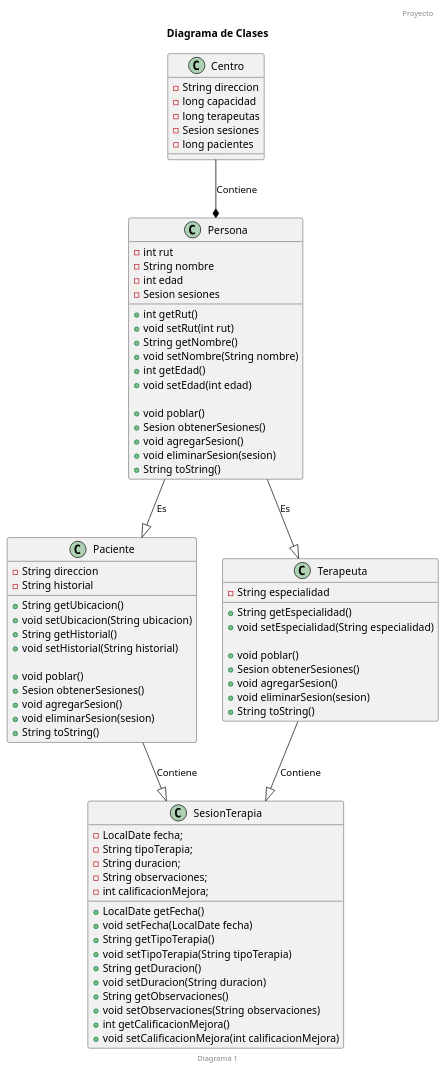
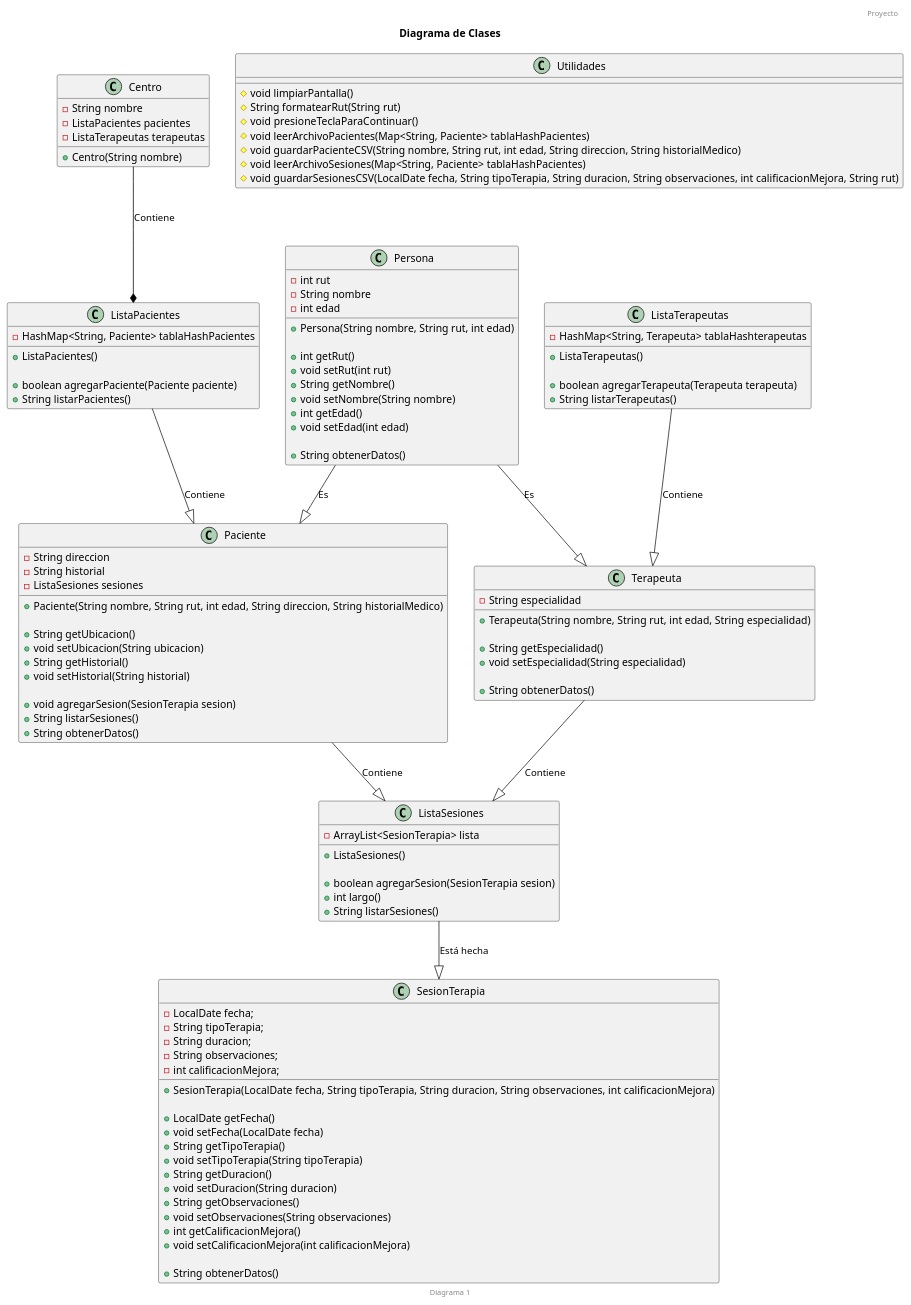
One commit to Ian-Misael/Proyecto-SIA changed the diagram in src/main/java/Diagramas/Diagrama de Clases.puml. Above: the diagram before and after it, drawn with PlantUML. The commit also changed 25 other files, not shown here.

```diff
--- a/src/main/java/Diagramas/Diagrama de Clases.puml
+++ b/src/main/java/Diagramas/Diagrama de Clases.puml
@@ -1,90 +1,132 @@
 @startuml Programa
 
 title Diagrama de Clases
 header Proyecto
 footer Diagrama 1
 
 class Centro {
-    - String direccion
-    - long capacidad
-    - long terapeutas
-    - Sesion sesiones
-    - long pacientes
+    - String nombre
+    - ListaPacientes pacientes
+    - ListaTerapeutas terapeutas
+
+    + Centro(String nombre)
+    
     
 }
 
 class Persona {
     - int rut
     - String nombre
     - int edad
-    - Sesion sesiones
+
+    + Persona(String nombre, String rut, int edad)
 
     + int getRut()
     + void setRut(int rut)
     + String getNombre()
     + void setNombre(String nombre)
     + int getEdad()
     + void setEdad(int edad)
 
-    + void poblar()
-    + Sesion obtenerSesiones()
-    + void agregarSesion()
-    + void eliminarSesion(sesion)
-    + String toString()
+    + String obtenerDatos()
+}
+
+class ListaPacientes {
+    - HashMap<String, Paciente> tablaHashPacientes
+
+    + ListaPacientes()
+
+    + boolean agregarPaciente(Paciente paciente)
+    + String listarPacientes()
 }
 
 class Paciente {
     - String direccion
     - String historial
+    - ListaSesiones sesiones
     
+    + Paciente(String nombre, String rut, int edad, String direccion, String historialMedico)
+
     + String getUbicacion()
     + void setUbicacion(String ubicacion)
     + String getHistorial()
     + void setHistorial(String historial)
 
-    + void poblar()
-    + Sesion obtenerSesiones()
-    + void agregarSesion()
-    + void eliminarSesion(sesion)
-    + String toString()
+    + void agregarSesion(SesionTerapia sesion)
+    + String listarSesiones()
+    + String obtenerDatos()
+}
+
+class ListaTerapeutas {
+    - HashMap<String, Terapeuta> tablaHashterapeutas
+
+    + ListaTerapeutas()
+
+    + boolean agregarTerapeuta(Terapeuta terapeuta)
+    + String listarTerapeutas()
 }
 
 class Terapeuta {
     - String especialidad
+
+    + Terapeuta(String nombre, String rut, int edad, String especialidad)
     
     + String getEspecialidad()
     + void setEspecialidad(String especialidad)
 
-    + void poblar()
-    + Sesion obtenerSesiones()
-    + void agregarSesion()
-    + void eliminarSesion(sesion)
-    + String toString()
+    + String obtenerDatos()
+}
+
+class ListaSesiones {
+    - ArrayList<SesionTerapia> lista
+
+    + ListaSesiones()
+
+    + boolean agregarSesion(SesionTerapia sesion)
+    + int largo()
+    + String listarSesiones()
 }
 
 class SesionTerapia {
     - LocalDate fecha;
     - String tipoTerapia;
     - String duracion;
     - String observaciones;
     - int calificacionMejora;
+    
+    + SesionTerapia(LocalDate fecha, String tipoTerapia, String duracion, String observaciones, int calificacionMejora)
 
     + LocalDate getFecha()
     + void setFecha(LocalDate fecha)
     + String getTipoTerapia() 
     + void setTipoTerapia(String tipoTerapia)
     + String getDuracion()
     + void setDuracion(String duracion)
     + String getObservaciones() 
     + void setObservaciones(String observaciones)
     + int getCalificacionMejora()
     + void setCalificacionMejora(int calificacionMejora)
+
+    + String obtenerDatos()
 }
 
-Centro -[#black]-* Persona : Contiene
+class Utilidades {
+    # void limpiarPantalla()
+    # String formatearRut(String rut)
+    # void presioneTeclaParaContinuar()
+    # void leerArchivoPacientes(Map<String, Paciente> tablaHashPacientes)
+    # void guardarPacienteCSV(String nombre, String rut, int edad, String direccion, String historialMedico)
+    # void leerArchivoSesiones(Map<String, Paciente> tablaHashPacientes)
+    # void guardarSesionesCSV(LocalDate fecha, String tipoTerapia, String duracion, String observaciones, int calificacionMejora, String rut)
+}
+
+Centro -[#black]-* ListaPacientes : Contiene
 Persona --|> Paciente : Es
 Persona --|> Terapeuta : Es
-Terapeuta --|> SesionTerapia : Contiene
-Paciente --|> SesionTerapia : Contiene
+ListaPacientes --|> Paciente : Contiene
+ListaTerapeutas --|> Terapeuta : Contiene
+Paciente --|> ListaSesiones : Contiene
+Terapeuta --|> ListaSesiones : Contiene
+ListaSesiones --|> SesionTerapia : Está hecha
 
 @enduml
```
